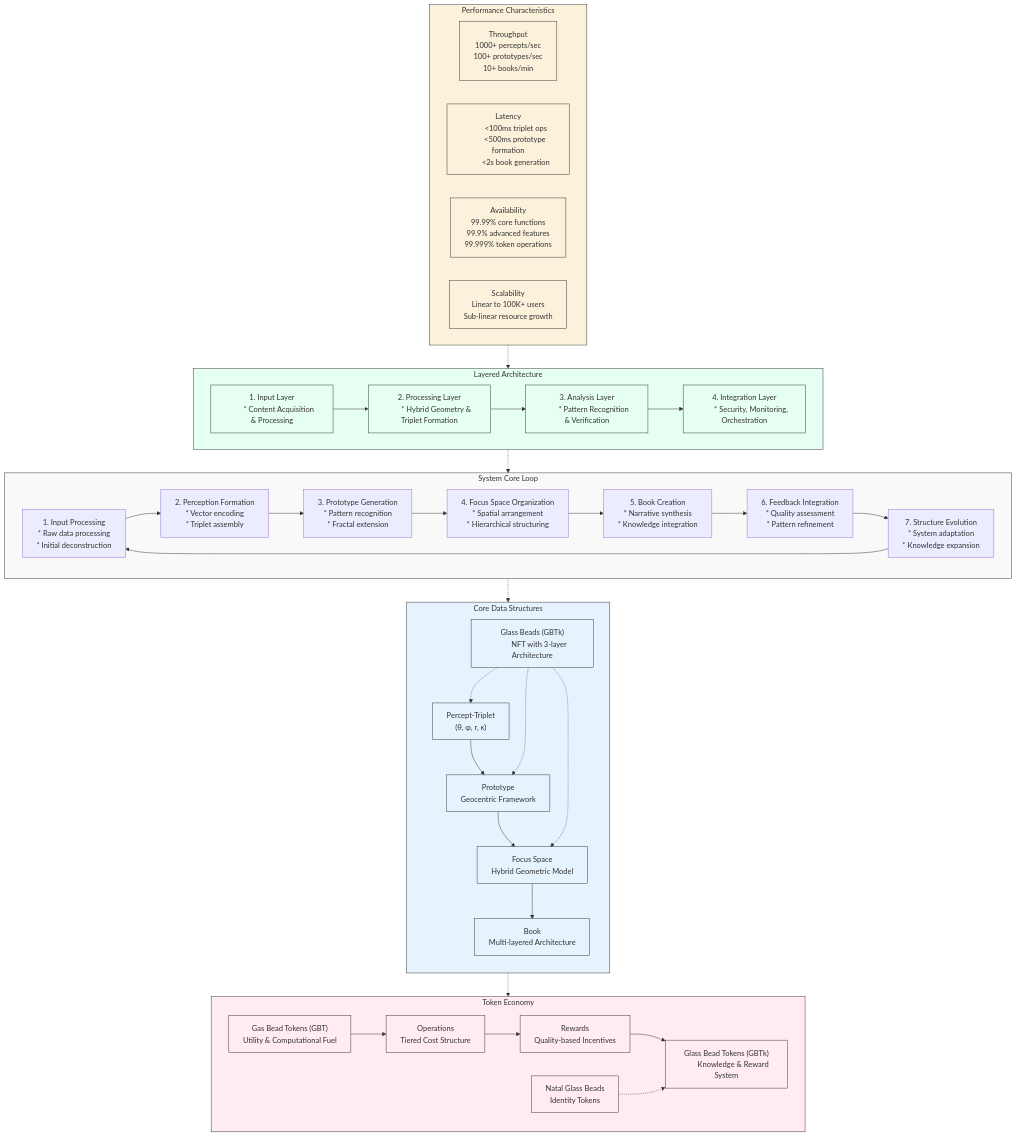
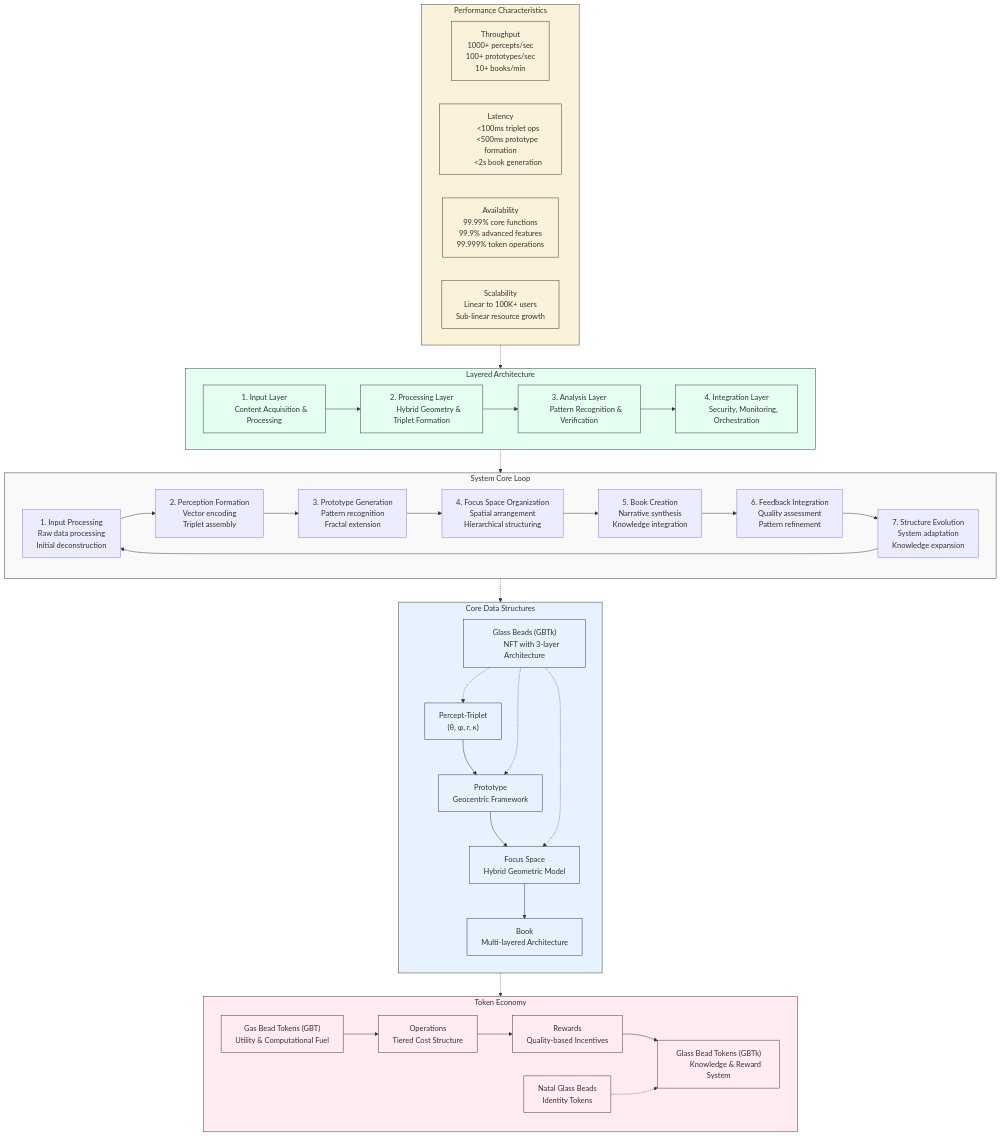
One commit to heavyblotto/memorativa changed the second of 3 diagrams in docs/3. the machine system/memorativa-3-1-the-machine-system.md. Above: the diagram before and after it, drawn with Mermaid. The commit also changed other lines of this file, not shown here.

```diff
--- a/docs/3. the machine system/memorativa-3-1-the-machine-system.md
+++ b/docs/3. the machine system/memorativa-3-1-the-machine-system.md
@@ -132,32 +132,32 @@
     subgraph SystemCoreLoop["System Core Loop"]
         direction LR
         InputProcessing["1. Input Processing
-        * Raw data processing
-        * Initial deconstruction"]
+        Raw data processing
+        Initial deconstruction"]
         
         PerceptionFormation["2. Perception Formation
-        * Vector encoding
-        * Triplet assembly"]
+        Vector encoding
+        Triplet assembly"]
         
         PrototypeGeneration["3. Prototype Generation
-        * Pattern recognition
-        * Fractal extension"]
+        Pattern recognition
+        Fractal extension"]
         
         FocusSpaceOrg["4. Focus Space Organization
-        * Spatial arrangement
-        * Hierarchical structuring"]
+        Spatial arrangement
+        Hierarchical structuring"]
         
         BookCreation["5. Book Creation
-        * Narrative synthesis
-        * Knowledge integration"]
+        Narrative synthesis
+        Knowledge integration"]
         
         FeedbackIntegration["6. Feedback Integration
-        * Quality assessment
-        * Pattern refinement"]
+        Quality assessment
+        Pattern refinement"]
         
         StructureEvolution["7. Structure Evolution
-        * System adaptation
-        * Knowledge expansion"]
+        System adaptation
+        Knowledge expansion"]
         
         InputProcessing --> PerceptionFormation
         PerceptionFormation --> PrototypeGeneration
@@ -220,16 +220,16 @@
     %% Layered Architecture
     subgraph LayeredArchitecture["Layered Architecture"]
         InputLayer["1. Input Layer
-        * Content Acquisition & Processing"]
+        Content Acquisition & Processing"]
         
         ProcessingLayer["2. Processing Layer
-        * Hybrid Geometry & Triplet Formation"]
+        Hybrid Geometry & Triplet Formation"]
         
         AnalysisLayer["3. Analysis Layer
-        * Pattern Recognition & Verification"]
+        Pattern Recognition & Verification"]
         
         IntegrationLayer["4. Integration Layer
-        * Security, Monitoring, Orchestration"]
+        Security, Monitoring, Orchestration"]
         
         InputLayer --> ProcessingLayer
         ProcessingLayer --> AnalysisLayer
```
